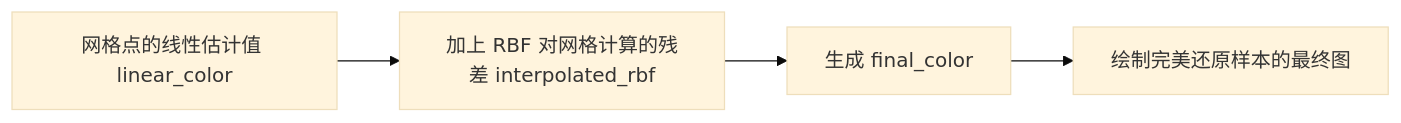
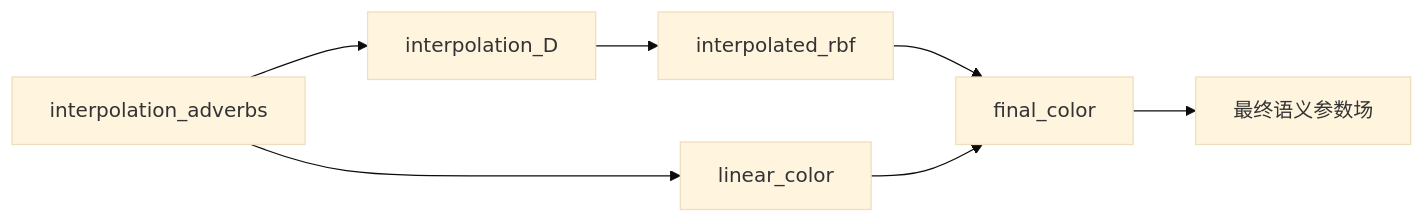
One commit to EvihGraphics/AnimationTech-HTC changed diagram 13 of 14 in docs/blog/Theory/radial_basis_function_verbs_and_adverbs/README.md. Above: the diagram before and after it, drawn with Mermaid (base theme). The commit also changed other lines of this file and 6 other files, not shown here.

````diff
--- a/docs/blog/Theory/radial_basis_function_verbs_and_adverbs/README.md
+++ b/docs/blog/Theory/radial_basis_function_verbs_and_adverbs/README.md
@@ -232,6 +295,9 @@
 ```mermaid
 flowchart LR
-    A[网格点的线性估计值 linear_color] --> B[加上 RBF 对网格计算的残差 interpolated_rbf]
-    B --> C[生成 final_color]
-    C --> D[绘制完美还原样本的最终图]
+    A[interpolation_adverbs] --> B[linear_color]
+    A --> C[interpolation_D]
+    C --> D[interpolated_rbf]
+    D --> E[final_color]
+    B --> E
+    E --> F[最终语义参数场]
 ```
````
